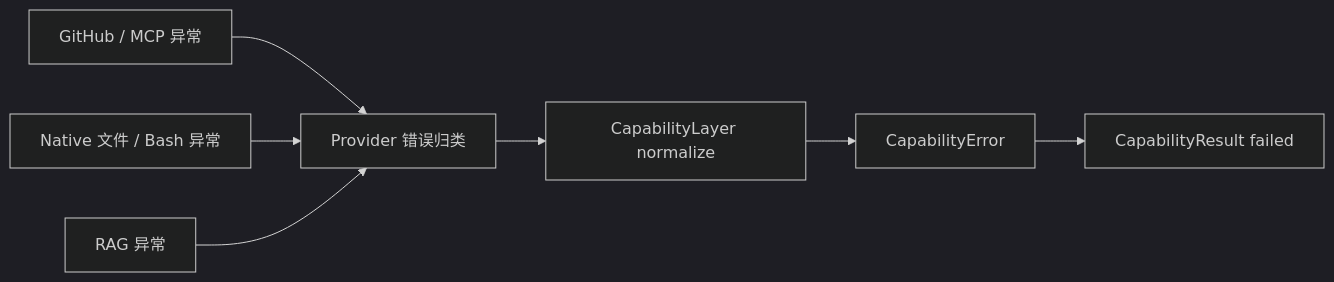
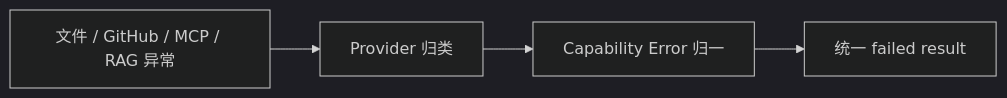
Before and after one commit to Arthur999459up/GitAgent: diagram 15 of 15 in docs/05-capability-and-tool-system.md, drawn with Mermaid (dark theme). The commit also changed other lines of this file and 15 other files, not shown here.

````diff
--- a/docs/05-capability-and-tool-system.md
+++ b/docs/05-capability-and-tool-system.md
@@ -826,9 +419,6 @@
 ```mermaid
 flowchart LR
-    G[GitHub / MCP 异常] --> P[Provider 错误归类]
-    N[Native 文件 / Bash 异常] --> P
-    R[RAG 异常] --> P
-    P --> L[CapabilityLayer normalize]
-    L --> E[CapabilityError]
-    E --> CR[CapabilityResult failed]
+    X[文件 / GitHub / MCP / RAG 异常] --> P[Provider 归类]
+    P --> C[Capability Error 归一]
+    C --> R[统一 failed result]
 ```
````
